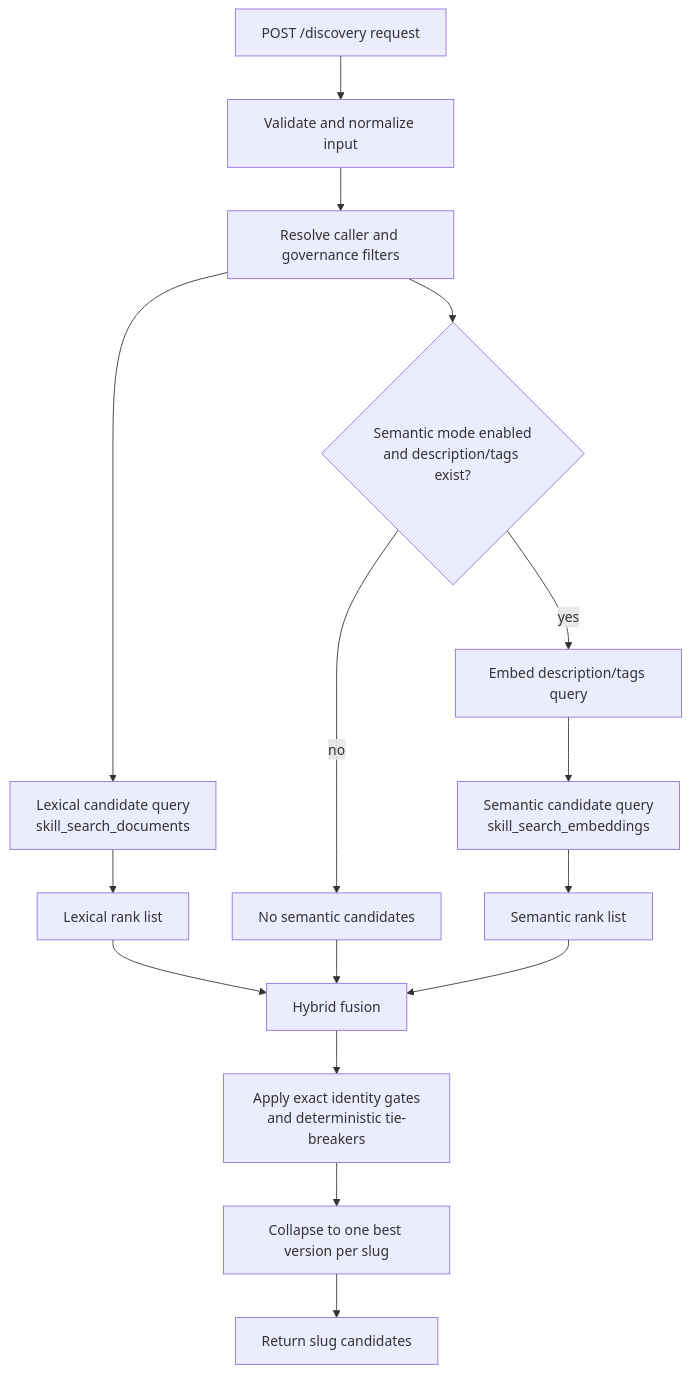
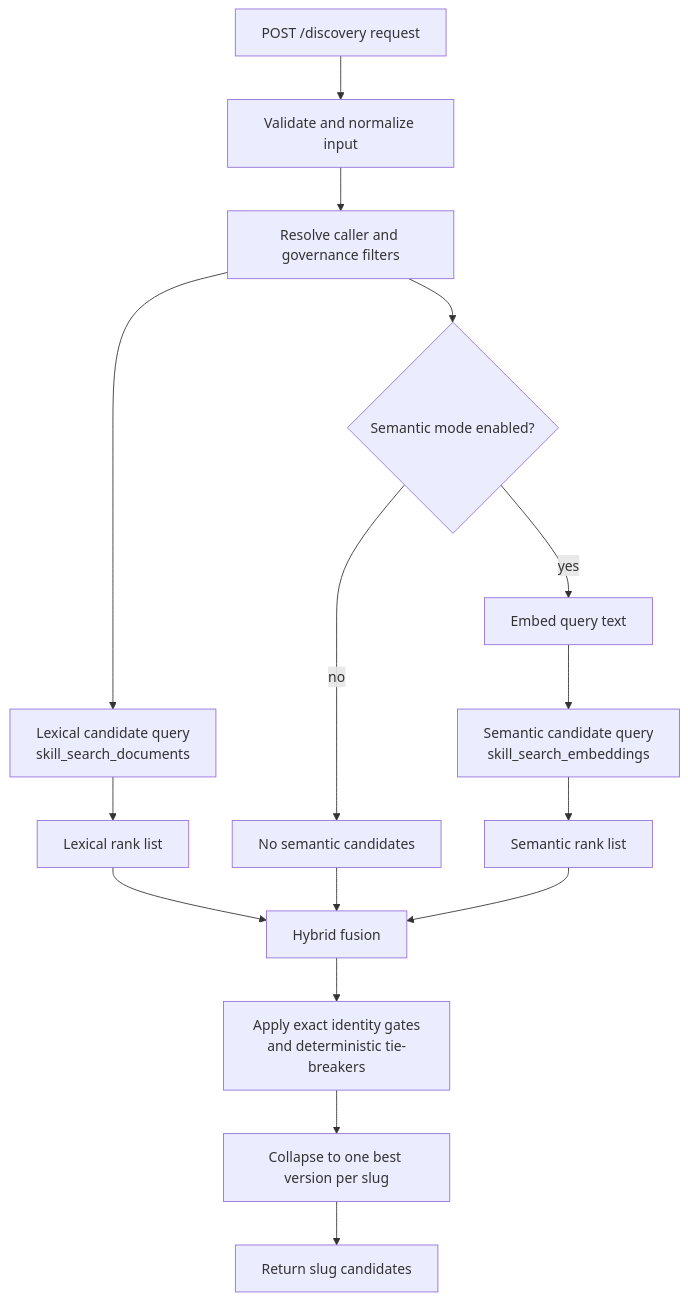
Before and after one commit to aptitude-stack/registery: the diagram in docs/drafts/discovery-search-mechanism-review.md, drawn with Mermaid. The commit also changed other lines of this file and 24 other files, not shown here.

Commit message:
Simplify discovery requests to query-based semantic search

````diff
--- a/docs/drafts/discovery-search-mechanism-review.md
+++ b/docs/drafts/discovery-search-mechanism-review.md
@@ -163,18 +165,18 @@
 ```mermaid
 flowchart TD
     A["POST /discovery request"] --> B["Validate and normalize input"]
     B --> C["Resolve caller and governance filters"]
     C --> D["Lexical candidate query<br/>skill_search_documents"]
-    C --> E{"Semantic mode enabled<br/>and description/tags exist?"}
+    C --> E{"Semantic mode enabled?"}
     E -- "no" --> F["No semantic candidates"]
-    E -- "yes" --> G["Embed description/tags query"]
+    E -- "yes" --> G["Embed query text"]
     G --> H["Semantic candidate query<br/>skill_search_embeddings"]
     D --> I["Lexical rank list"]
     F --> J["Hybrid fusion"]
     H --> K["Semantic rank list"]
     I --> J
     K --> J
     J --> L["Apply exact identity gates<br/>and deterministic tie-breakers"]
     L --> M["Collapse to one best version per slug"]
     M --> N["Return slug candidates"]
 ```
````
